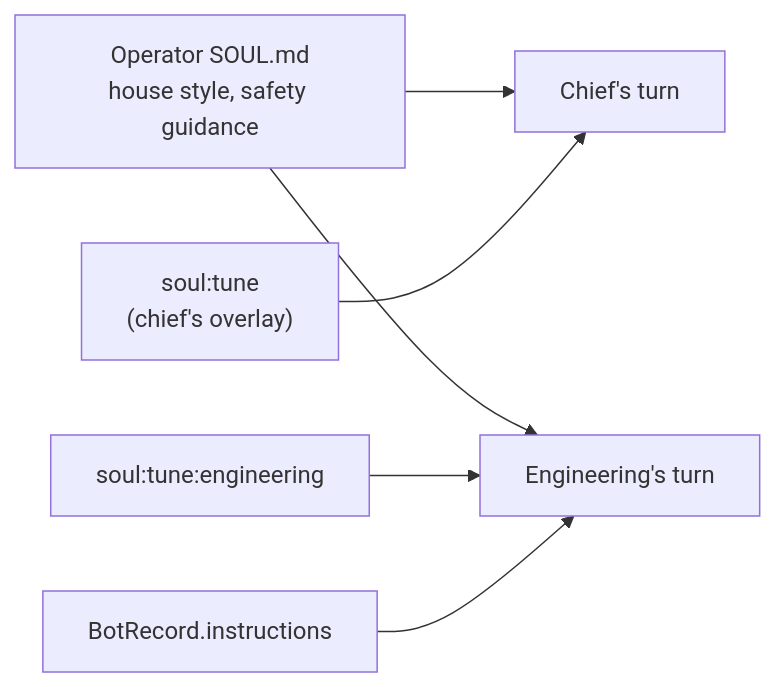
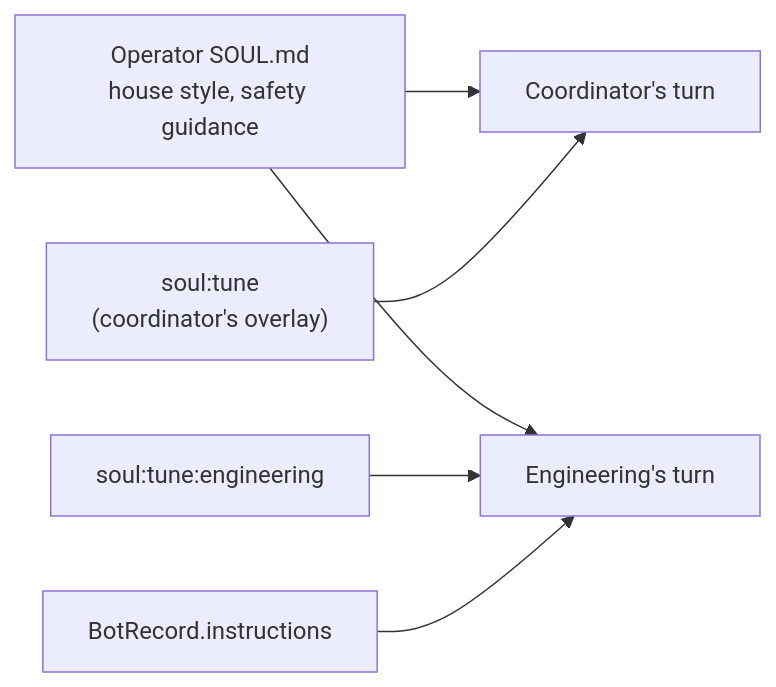
The second of 3 diagrams in docs/dev/BOTS.md (Sheardo/lobslaw), drawn with Mermaid before and after one commit. The commit also changed other lines of this file and 53 other files, not shown here.

````diff
--- a/docs/dev/BOTS.md
+++ b/docs/dev/BOTS.md
@@ -147,13 +147,13 @@
 ```mermaid
 flowchart LR
   Baseline["Operator SOUL.md<br/>house style, safety guidance"]
-  Chief["soul:tune<br/>(chief's overlay)"]
+  Coordinator["soul:tune<br/>(coordinator's overlay)"]
   BotO["soul:tune:engineering"]
   Brief["BotRecord.instructions"]
 
-  Baseline --> ChiefSnap["Chief's turn"]
-  Chief --> ChiefSnap
+  Baseline --> ChiefSnap["Coordinator's turn"]
+  Coordinator --> ChiefSnap
   Baseline --> BotSnap["Engineering's turn"]
   BotO --> BotSnap
   Brief --> BotSnap
 ```
````
